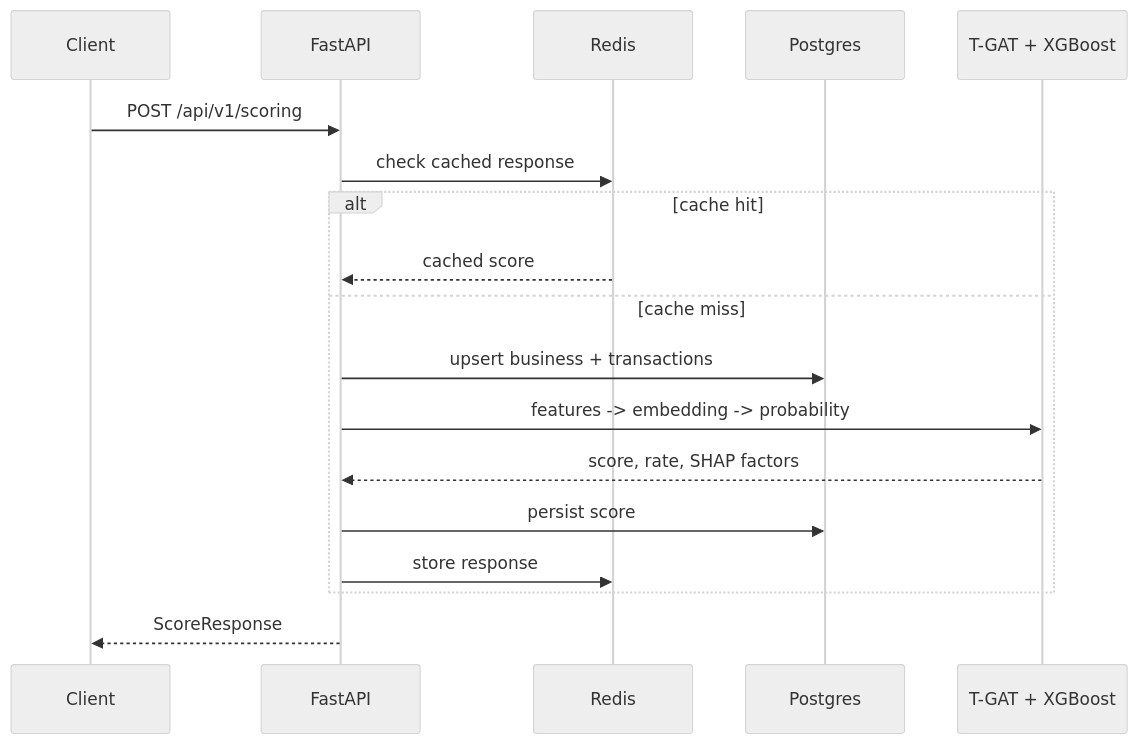
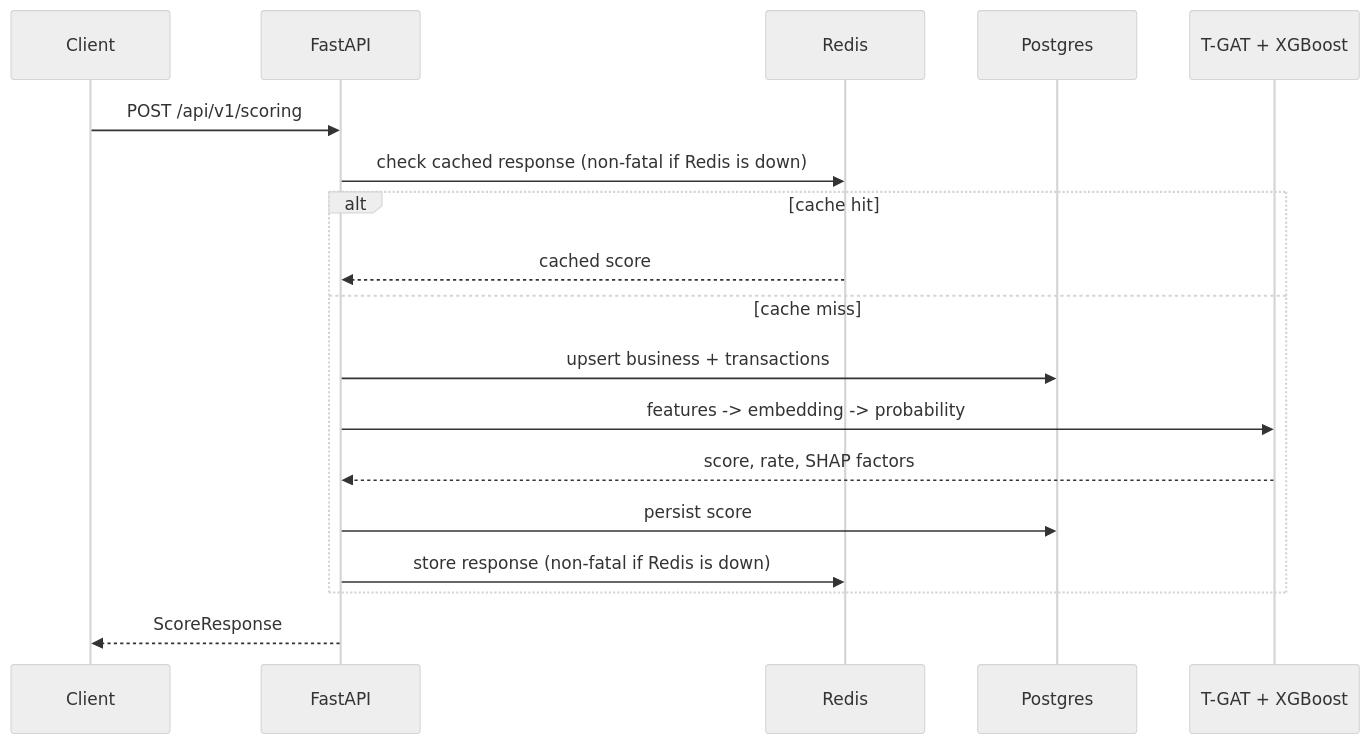
Before and after one commit to SkJishan04/credit-risk-scoring-engine: the second of 2 diagrams in README.md, drawn with Mermaid (neutral theme). The commit also changed other lines of this file, not shown here.

Commit message:
docs: update README with schema fix, cache resilience, and engineering notes on bugs found during testing

````diff
--- a/README.md
+++ b/README.md
@@ -32,21 +32,21 @@
 ```mermaid
 sequenceDiagram
     participant Client
     participant API as FastAPI
     participant Cache as Redis
     participant DB as Postgres
     participant Model as T-GAT + XGBoost
 
     Client->>API: POST /api/v1/scoring
-    API->>Cache: check cached response
+    API->>Cache: check cached response (non-fatal if Redis is down)
     alt cache hit
         Cache-->>API: cached score
     else cache miss
         API->>DB: upsert business + transactions
         API->>Model: features -> embedding -> probability
         Model-->>API: score, rate, SHAP factors
         API->>DB: persist score
-        API->>Cache: store response
+        API->>Cache: store response (non-fatal if Redis is down)
     end
     API-->>Client: ScoreResponse
 ```
````
